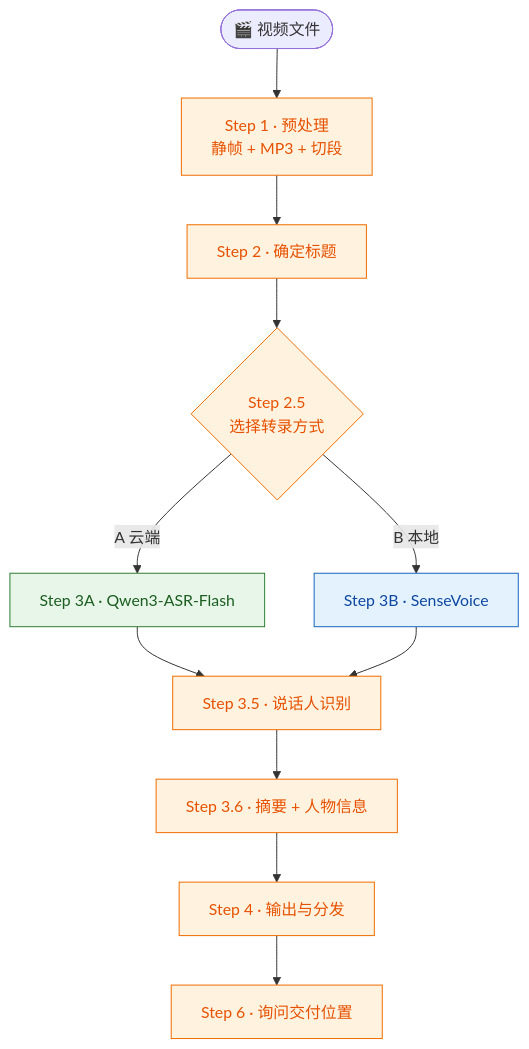
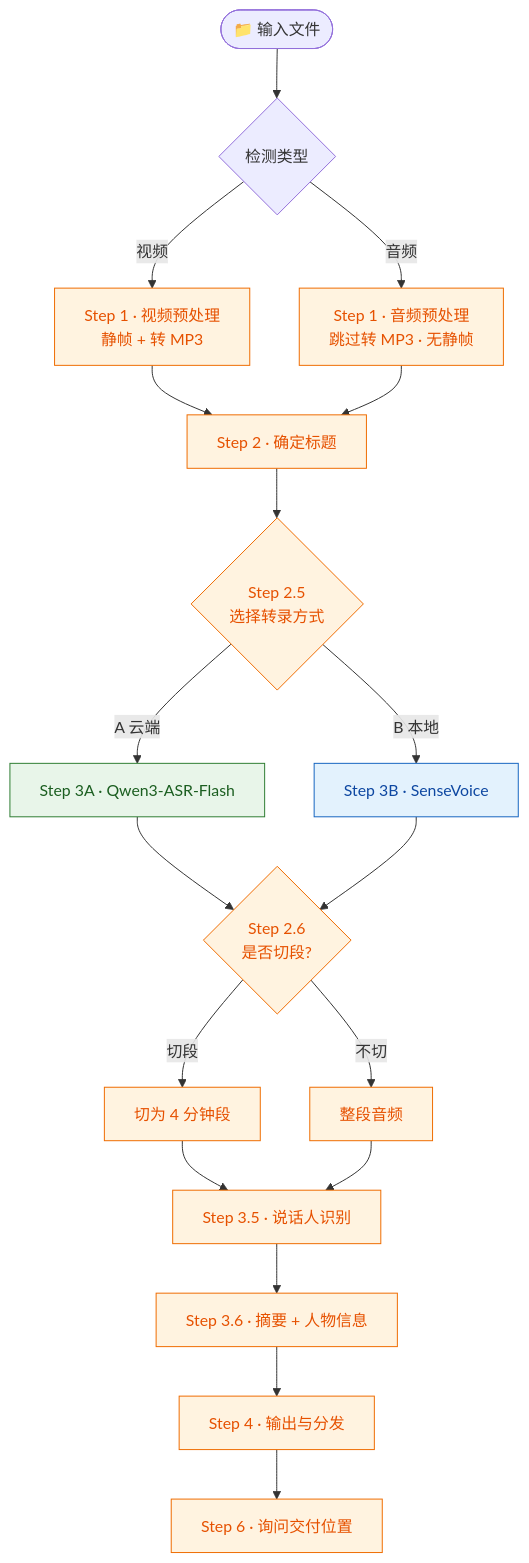
One commit to torylyj/interview-transcriber changed the diagram in README.md. Above: the diagram before and after it, drawn with Mermaid. The commit also changed other lines of this file and 4 other files, not shown here.

````diff
--- a/README.md
+++ b/README.md
@@ -146,21 +151,29 @@
 ```mermaid
 flowchart TD
-    V([🎬 视频文件]) --> S1[Step 1 · 预处理<br/>静帧 + MP3 + 切段]
-    S1 --> S2[Step 2 · 确定标题]
+    IN([📁 输入文件]) --> DET{检测类型}
+    DET -->|视频| S1v[Step 1 · 视频预处理<br/>静帧 + 转 MP3]
+    DET -->|音频| S1a[Step 1 · 音频预处理<br/>跳过转 MP3 · 无静帧]
+    S1v --> S2[Step 2 · 确定标题]
+    S1a --> S2
     S2 --> S25{Step 2.5<br/>选择转录方式}
     S25 -->|A 云端| S3A[Step 3A · Qwen3-ASR-Flash]
     S25 -->|B 本地| S3B[Step 3B · SenseVoice]
-    S3A --> S35
-    S3B --> S35
+    S3A --> S26
+    S3B --> S26
+    S26{Step 2.6<br/>是否切段?}
+    S26 -->|切段| SEG[切为 4 分钟段]
+    S26 -->|不切| NSEG[整段音频]
+    SEG --> S35
+    NSEG --> S35
     S35[Step 3.5 · 说话人识别] --> S36[Step 3.6 · 摘要 + 人物信息]
     S36 --> S4[Step 4 · 输出与分发]
     S4 --> S6[Step 6 · 询问交付位置]
 
     classDef cloud fill:#e8f5e9,stroke:#2e7d32,color:#1b5e20;
     classDef local fill:#e3f2fd,stroke:#1565c0,color:#0d47a1;
     classDef main fill:#fff3e0,stroke:#ef6c00,color:#e65100;
     class S3A cloud;
     class S3B local;
-    class S1,S2,S25,S35,S36,S4,S6 main;
+    class S1v,S1a,S2,S25,S26,S35,S36,S4,S6,SEG,NSEG main;
     linkStyle default stroke-width:1px;
 ```
````
